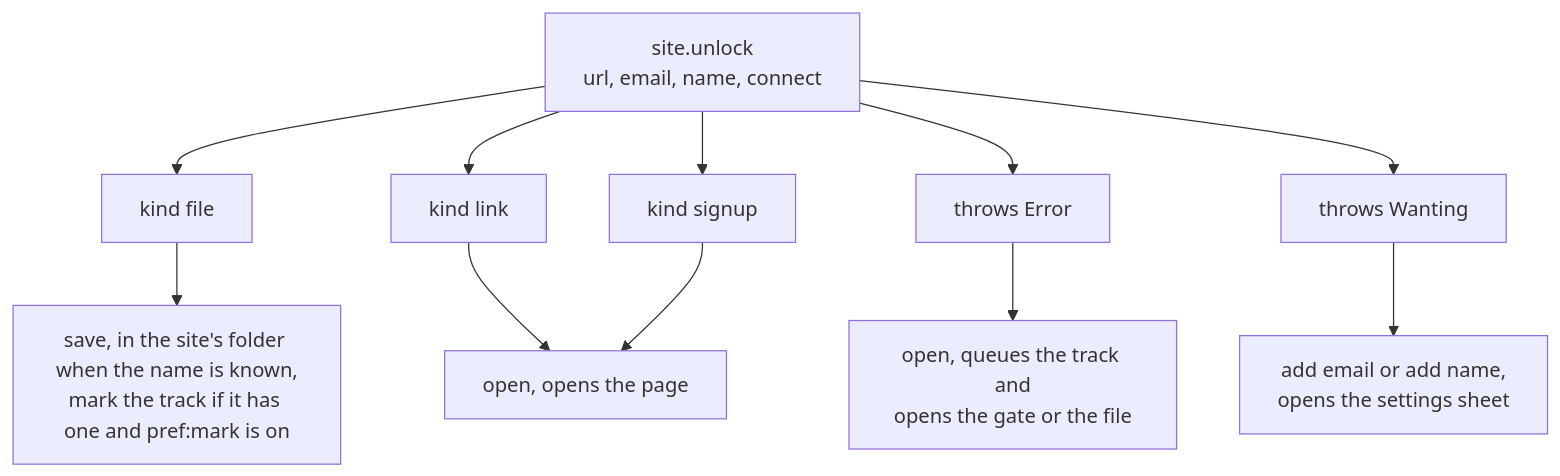
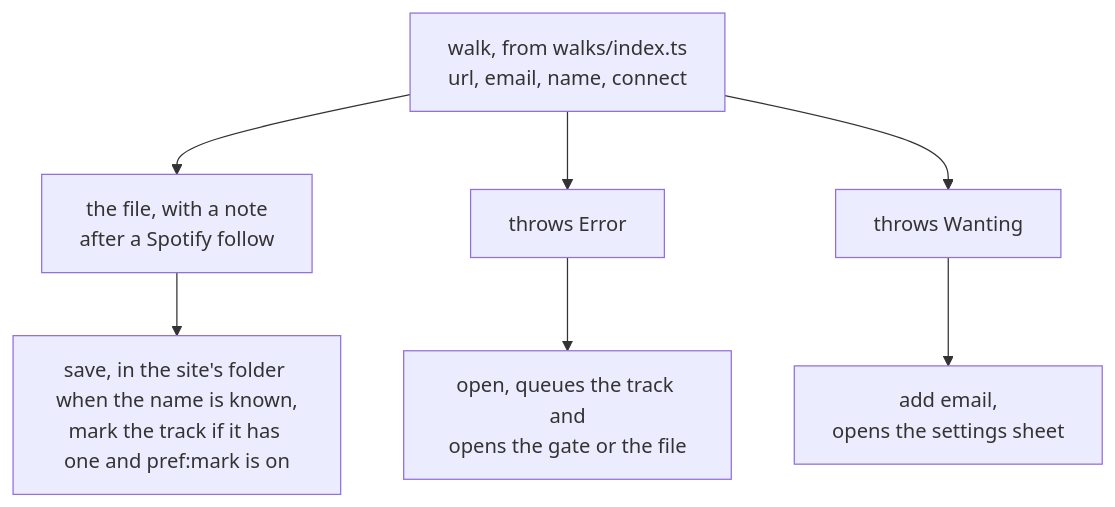
One commit to cutenode/localnetwork changed the fourth of 8 diagrams in apps/localtoolbox/docs/diagrams/downloader.md. Above: the diagram before and after it, drawn with Mermaid. The commit also changed other lines of this file and 58 other files, not shown here.

````diff
--- a/apps/localtoolbox/docs/diagrams/downloader.md
+++ b/apps/localtoolbox/docs/diagrams/downloader.md
@@ -106,24 +105,17 @@
 ```mermaid
 flowchart TD
-  Unlock["site.unlock<br/>url, email, name, connect"]
-  File["kind file"]
-  Link["kind link"]
-  Signup["kind signup"]
+  Unlock["walk, from walks/index.ts<br/>url, email, name, connect"]
+  File["the file, with a note<br/>after a Spotify follow"]
   Thrown["throws Error"]
   Wanting["throws Wanting"]
   Saved["save, in the site's folder when the name is known,<br/>mark the track if it has one and pref:mark is on"]
-  Open["open, opens the page"]
   OpenGate["open, queues the track and<br/>opens the gate or the file"]
-  Settings["add email or add name,<br/>opens the settings sheet"]
+  Settings["add email,<br/>opens the settings sheet"]
 
   Unlock --> File
-  Unlock --> Link
-  Unlock --> Signup
   Unlock --> Thrown
   Unlock --> Wanting
   File --> Saved
-  Link --> Open
-  Signup --> Open
   Thrown --> OpenGate
   Wanting --> Settings
 ```
````
